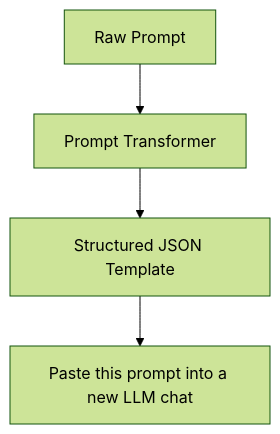
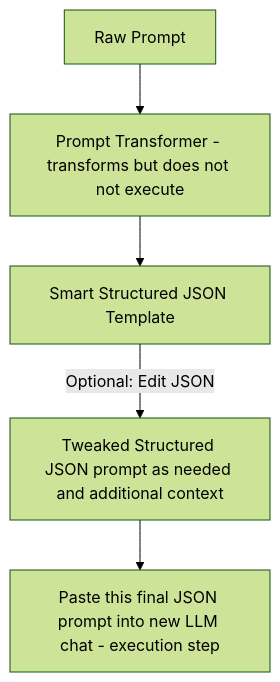
Before and after one commit to binu-alexander/metaprompter: the diagram in Metaprompt.md, drawn with Mermaid (forest theme).

````diff
--- a/Metaprompt.md
+++ b/Metaprompt.md
@@ -31,6 +31,8 @@
 ```mermaid
 flowchart TD
-    A[Raw Prompt] --> B[Prompt Transformer]
-    B --> C[Structured JSON Template]
-    C --> D[Paste this prompt into a new LLM chat]
+    A[Raw Prompt] 
+    A --> B[Prompt Transformer - transforms but does not not execute]
+    B --> C[Smart Structured JSON Template]
+    C -->|Optional: Edit JSON| C2[Tweaked Structured JSON prompt as needed and additional context]
+    C2 --> D[Paste this final JSON prompt into new LLM chat - execution step]
 ```
````
